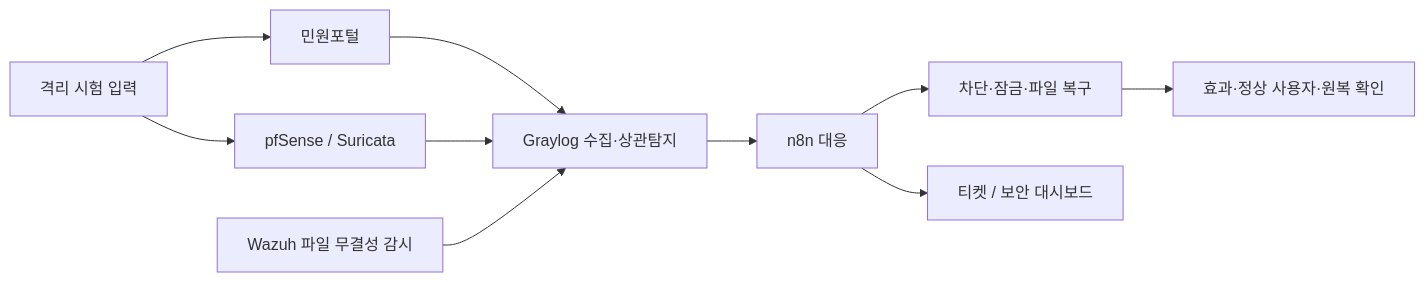
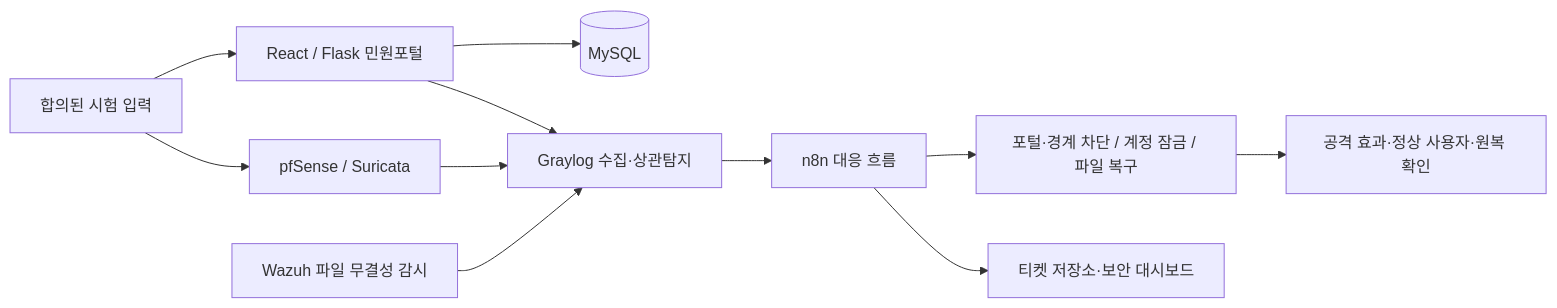
Before and after one commit to NoBugs-Aleph/aleph-soar-public: the diagram in README.md, drawn with Mermaid. The commit also changed other lines of this file and 14 other files, not shown here.

````diff
--- a/README.md
+++ b/README.md
@@ -57,12 +43,13 @@
 ```mermaid
 flowchart LR
-    INPUT[격리 시험 입력] --> PORTAL[민원포털]
+    INPUT[합의된 시험 입력] --> PORTAL[React / Flask 민원포털]
+    PORTAL --> DB[(MySQL)]
     INPUT --> NETWORK[pfSense / Suricata]
     PORTAL --> GRAYLOG[Graylog 수집·상관탐지]
     NETWORK --> GRAYLOG
     WAZUH[Wazuh 파일 무결성 감시] --> GRAYLOG
-    GRAYLOG --> N8N[n8n 대응]
-    N8N --> ACTION[차단·잠금·파일 복구]
-    N8N --> TICKET[티켓 / 보안 대시보드]
-    ACTION --> VERIFY[효과·정상 사용자·원복 확인]
+    GRAYLOG --> N8N[n8n 대응 흐름]
+    N8N --> ACTION[포털·경계 차단 / 계정 잠금 / 파일 복구]
+    N8N --> TICKET[티켓 저장소·보안 대시보드]
+    ACTION --> VERIFY[공격 효과·정상 사용자·원복 확인]
 ```
````
